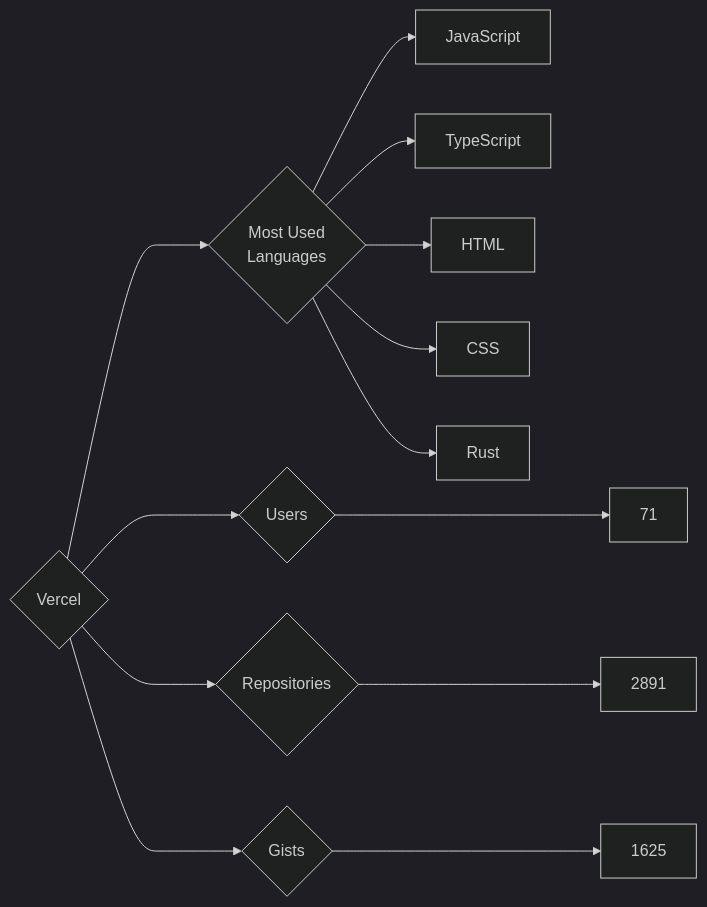
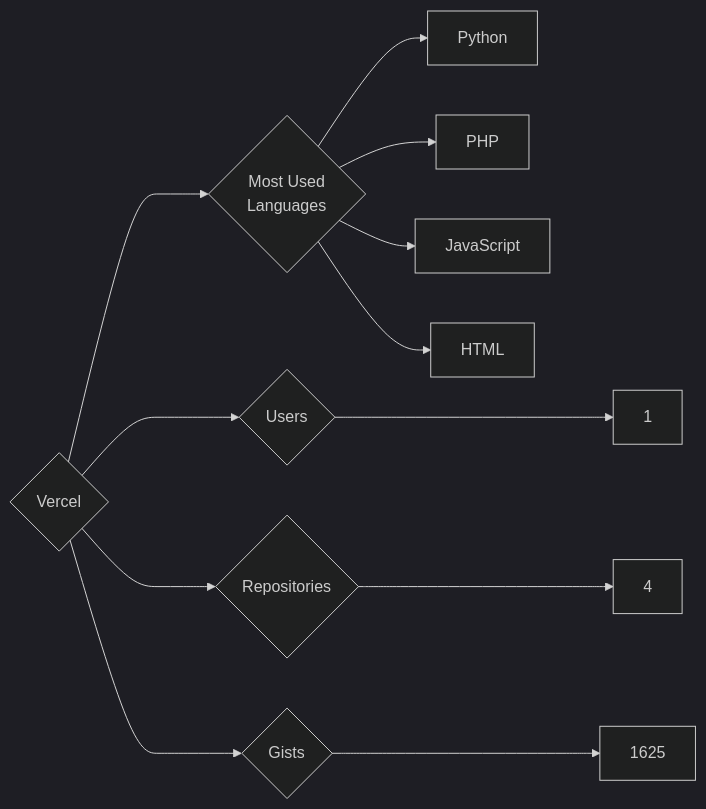
The diagram in targets/Vercel/README.md (trickest/insiders), drawn with Mermaid (dark theme) before and after one commit. The commit also changed 695 other files, not shown here.

````diff
--- a/targets/Vercel/README.md
+++ b/targets/Vercel/README.md
@@ -3,13 +3,12 @@
 ```mermaid
 graph LR
 COMPANY_NAME{Vercel}
-COMPANY_NAME ---> U{Users} ---> UN[71]
-COMPANY_NAME ---> R{Repositories} ---> RN[2891]
+COMPANY_NAME ---> U{Users} ---> UN[1]
+COMPANY_NAME ---> R{Repositories} ---> RN[4]
 COMPANY_NAME ---> G{Gists} ---> GN[1625]
 COMPANY_NAME ---> ML{Most Used<br>Languages}
+ML --> Python[Python]
+ML --> PHP[PHP]
 ML --> JavaScript[JavaScript]
-ML --> TypeScript[TypeScript]
 ML --> HTML[HTML]
-ML --> CSS[CSS]
-ML --> Rust[Rust]
 ```
````
